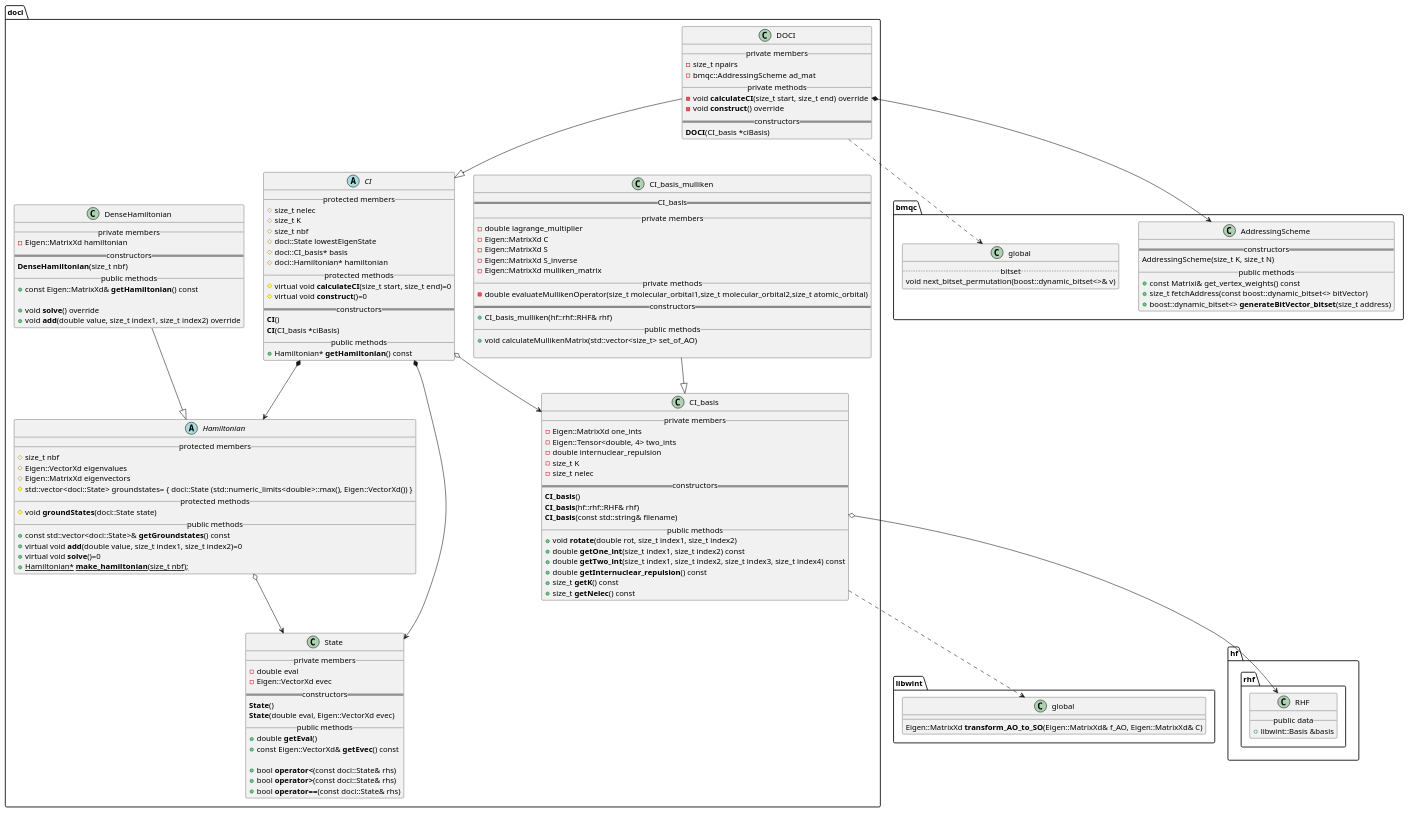
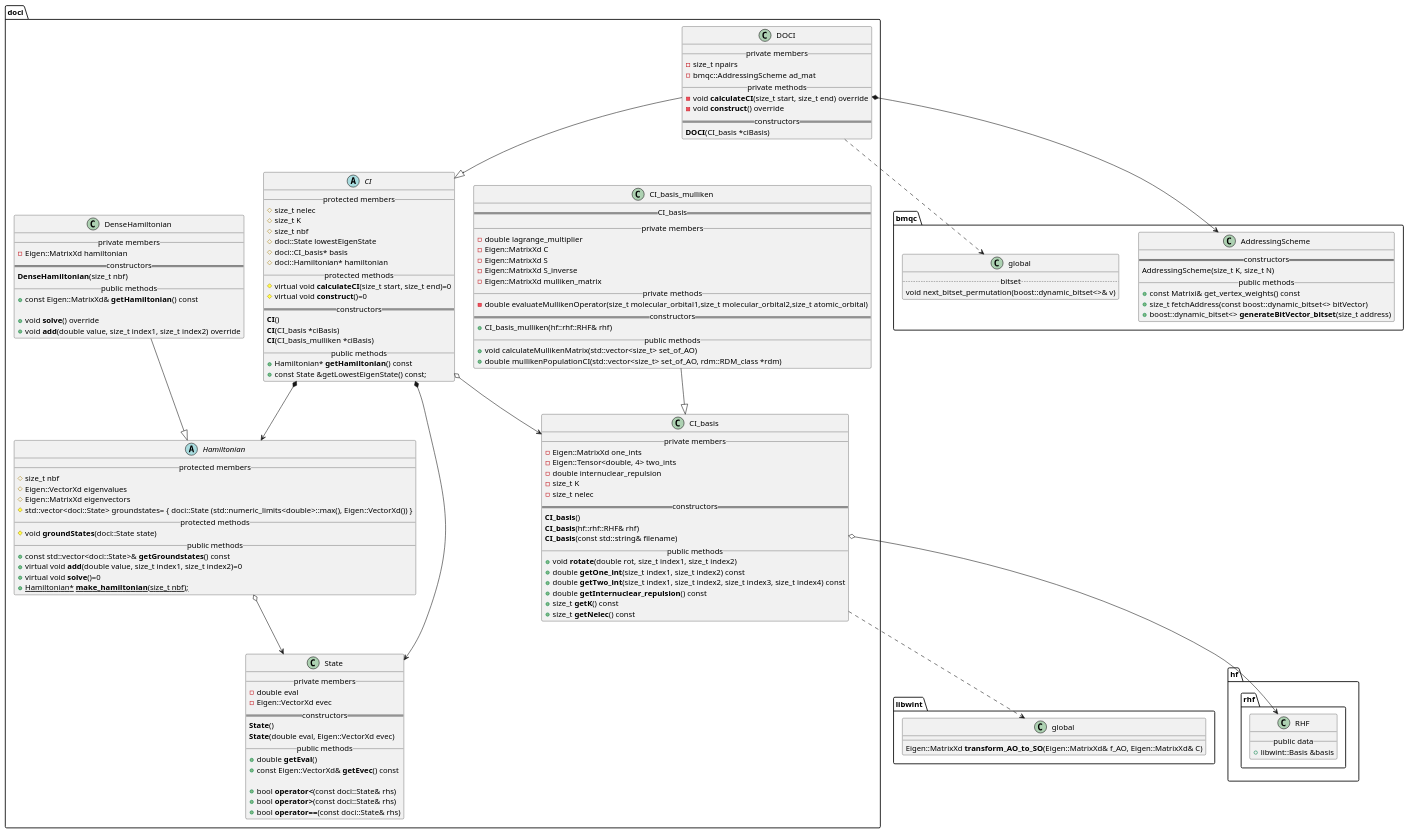
Before and after one commit to tmhuysen/ci: the diagram in docs/ci.puml, drawn with PlantUML. The commit also changed 10 other files, not shown here.

```diff
--- a/docs/ci.puml
+++ b/docs/ci.puml
@@ -1,170 +1,172 @@
 @startuml
 
 namespace doci {
     abstract class CI {
         __ protected members __
             # size_t nelec
             # size_t K
             # size_t nbf
             # doci::State lowestEigenState
             # doci::CI_basis* basis
             # doci::Hamiltonian* hamiltonian
         __ protected methods __
             # virtual void **calculateCI**(size_t start, size_t end)=0
-	        # virtual void **construct**()=0
+            # virtual void **construct**()=0
         == constructors ==
-	        **CI**()
-	        **CI**(CI_basis *ciBasis)
-	    __ public methods __
-	        + Hamiltonian* **getHamiltonian**() const
+            **CI**()
+            **CI**(CI_basis *ciBasis)
+            **CI**(CI_basis_mulliken *ciBasis)
+        __ public methods __
+            + Hamiltonian* **getHamiltonian**() const
+            + const State &getLowestEigenState() const;
     }
 
 
     class DOCI {
         __ private members __
             - size_t npairs
             - bmqc::AddressingScheme ad_mat
         __ private methods __
             - void **calculateCI**(size_t start, size_t end) override
             - void **construct**() override
         == constructors ==
             **DOCI**(CI_basis *ciBasis)
     }
 
 
     class State {
         __ private members __
             - double eval
             - Eigen::VectorXd evec
         == constructors ==
             **State**()
             **State**(double eval, Eigen::VectorXd evec)
         __ public methods __
             + double **getEval**()
             + const Eigen::VectorXd& **getEvec**() const
 
             + bool **operator<**(const doci::State& rhs)
             + bool **operator>**(const doci::State& rhs)
             + bool **operator==**(const doci::State& rhs)
     }
 
 
     class CI_basis {
         __ private members __
             - Eigen::MatrixXd one_ints
             - Eigen::Tensor<double, 4> two_ints
             - double internuclear_repulsion
             - size_t K
             - size_t nelec
         == constructors ==
             **CI_basis**()
             **CI_basis**(hf::rhf::RHF& rhf)
             **CI_basis**(const std::string& filename)
         __ public methods __
             + void **rotate**(double rot, size_t index1, size_t index2)
             + double **getOne_int**(size_t index1, size_t index2) const
             + double **getTwo_int**(size_t index1, size_t index2, size_t index3, size_t index4) const
             + double **getInternuclear_repulsion**() const
             + size_t **getK**() const
             + size_t **getNelec**() const
     }
     class CI_basis_mulliken {
         == CI_basis==
         __ private members __
             -double lagrange_multiplier
             -Eigen::MatrixXd C
             -Eigen::MatrixXd S
             -Eigen::MatrixXd S_inverse
             -Eigen::MatrixXd mulliken_matrix
         __ private methods __
             -double evaluateMullikenOperator(size_t molecular_orbital1,size_t molecular_orbital2,size_t atomic_orbital)
         == constructors ==
             +CI_basis_mulliken(hf::rhf::RHF& rhf)
         __ public methods __
-           +void calculateMullikenMatrix(std::vector<size_t> set_of_AO)
-
+            +void calculateMullikenMatrix(std::vector<size_t> set_of_AO)
+            +double mullikenPopulationCI(std::vector<size_t> set_of_AO, rdm::RDM_class *rdm)
         }
 
 
     abstract class Hamiltonian {
         __ protected members __
             # size_t nbf
             # Eigen::VectorXd eigenvalues
             # Eigen::MatrixXd eigenvectors
             # std::vector<doci::State> groundstates= { doci::State (std::numeric_limits<double>::max(), Eigen::VectorXd()) }
         __ protected methods __
             # void **groundStates**(doci::State state)
         __ public methods __
             + const std::vector<doci::State>& **getGroundstates**() const
             + virtual void **add**(double value, size_t index1, size_t index2)=0
             + virtual void **solve**()=0
             + {static} Hamiltonian* **make_hamiltonian**(size_t nbf);
     }
 
 
     class DenseHamiltonian {
         __ private members __
             - Eigen::MatrixXd hamiltonian
         == constructors ==
             **DenseHamiltonian**(size_t nbf)
         __ public methods __
             + const Eigen::MatrixXd& **getHamiltonian**() const
 
             + void **solve**() override
             + void **add**(double value, size_t index1, size_t index2) override
     }
 }
 
 
 namespace bmqc {
     class AddressingScheme {
         == constructors ==
             AddressingScheme(size_t K, size_t N)
         __ public methods __
             + const Matrixi& get_vertex_weights() const
             + size_t fetchAddress(const boost::dynamic_bitset<> bitVector)
             + boost::dynamic_bitset<> **generateBitVector_bitset**(size_t address)
     }
 
     class global {
         .. bitset ..
             void next_bitset_permutation(boost::dynamic_bitset<>& v)
     }
 
 
 }
 
 namespace libwint {
     class global {
         Eigen::MatrixXd **transform_AO_to_SO**(Eigen::MatrixXd& f_AO, Eigen::MatrixXd& C)
     }
 }
 
 namespace hf {
     namespace rhf {
         class RHF {
             __ public data __
                 + libwint::Basis &basis
         }
     }
 }
 
 
 doci.CI_basis ..> libwint.global
 doci.CI_basis o--> hf.rhf.RHF
 doci.CI_basis_mulliken --|> doci.CI_basis
 
 doci.Hamiltonian o--> doci.State
 
 doci.DenseHamiltonian --|> doci.Hamiltonian
 
 doci.CI *--> doci.State
 doci.CI o--> doci.CI_basis
 doci.CI *--> doci.Hamiltonian
 
 doci.DOCI --|> doci.CI
 doci.DOCI *--> bmqc.AddressingScheme
 doci.DOCI ..> bmqc.global
 
 
 @enduml
```
